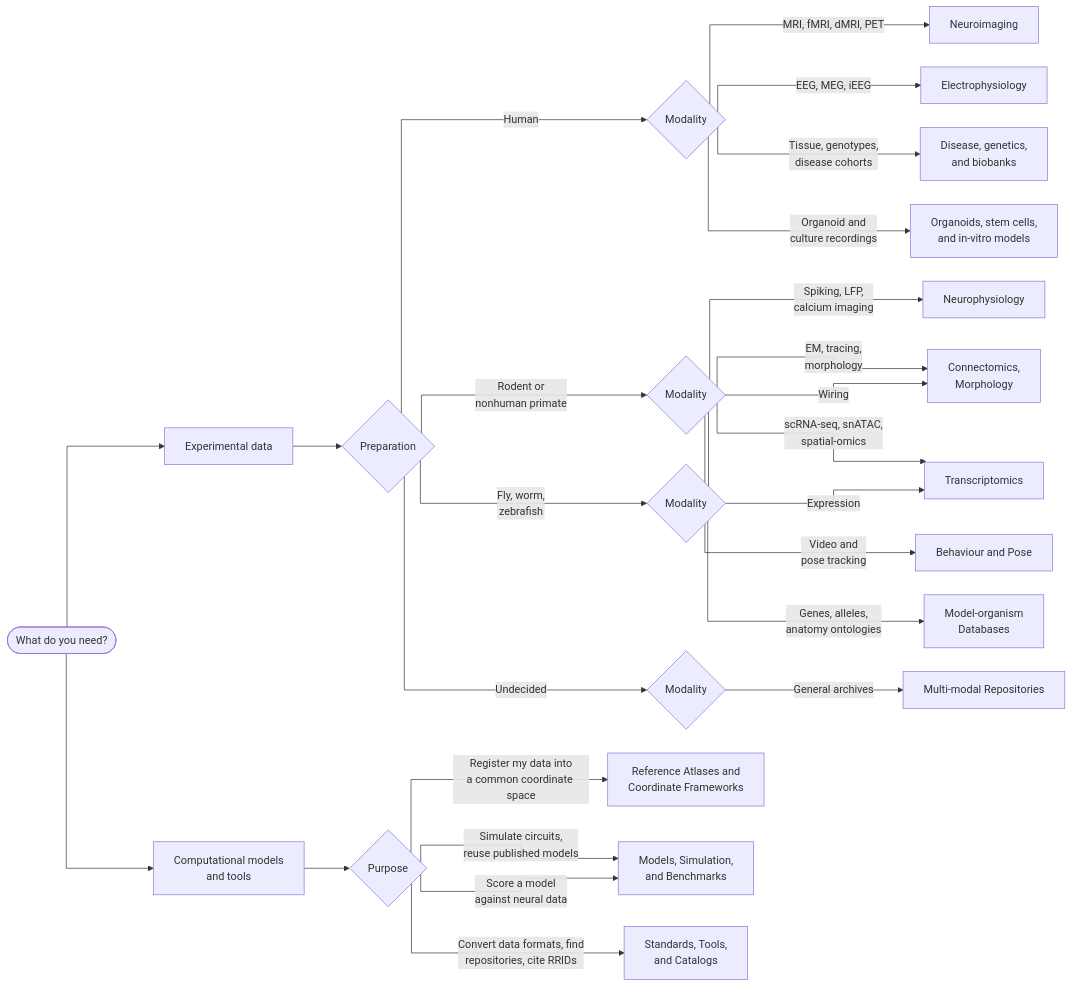
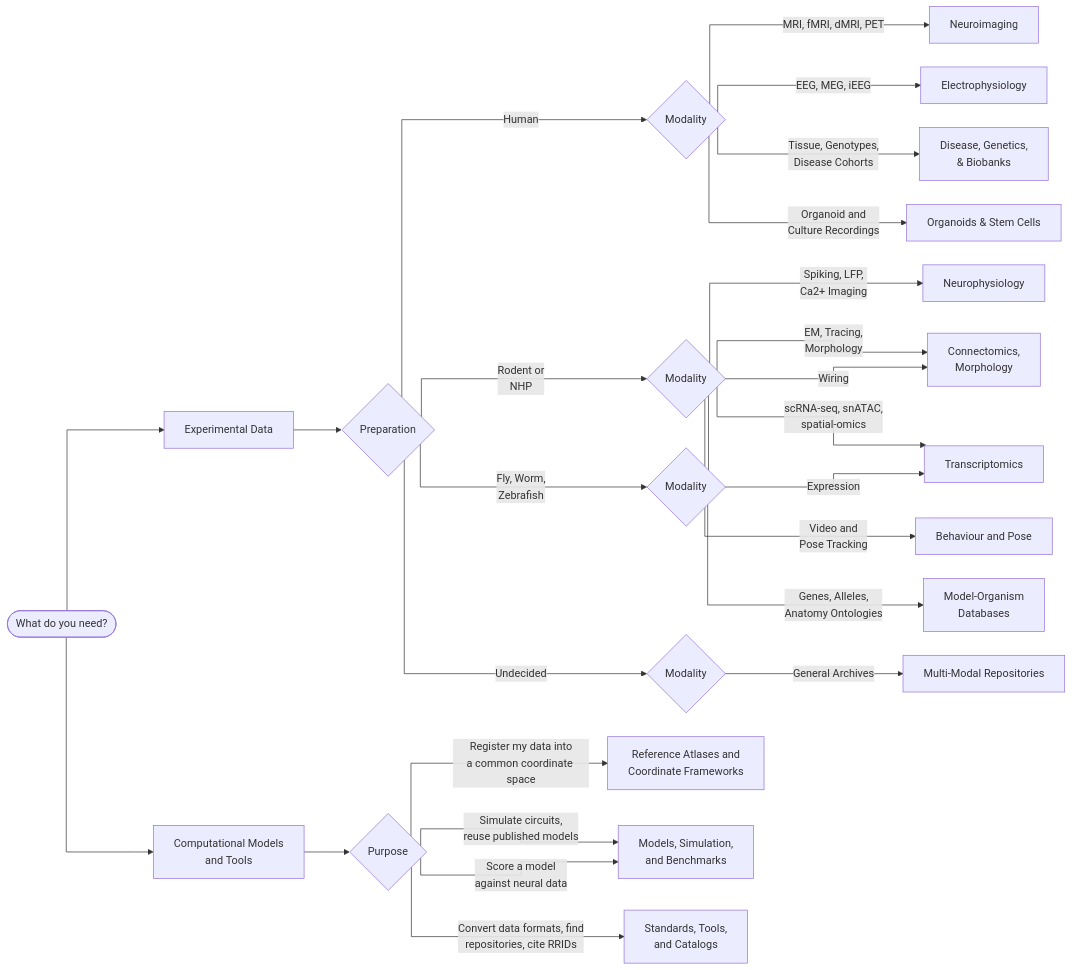
The diagram in docs/index.md (lauramedlock/neuroarchives), drawn with Mermaid before and after one commit.

Commit message:
Update terminology in flowchart for consistency

````diff
--- a/docs/index.md
+++ b/docs/index.md
@@ -41,35 +41,35 @@
 ```mermaid
 %%{init: {"flowchart": {"curve": "stepBefore", "nodeSpacing": 35, "rankSpacing": 55, "useMaxWidth": true}} }%%
 flowchart LR
     START([What do you need?])
-    START --> EXP[Experimental data]
-    START --> MOD[Computational models<br>and tools]
+    START --> EXP[Experimental Data]
+    START --> MOD[Computational Models<br>and Tools]
 
     EXP --> PREP{Preparation}
     PREP -->|Human| HU{Modality}
-    PREP -->|Rodent or<br>nonhuman primate| RO{Modality}
-    PREP -->|Fly, worm,<br>zebrafish| INV{Modality}
+    PREP -->|Rodent or<br>NHP| RO{Modality}
+    PREP -->|Fly, Worm,<br>Zebrafish| INV{Modality}
     PREP -->|Undecided| GEN{Modality}
 
     HU -->|MRI, fMRI, dMRI, PET| E1[Neuroimaging]
     HU -->|EEG, MEG, iEEG| E2[Electrophysiology]
-    HU -->|Tissue, genotypes,<br>disease cohorts| E3[Disease, genetics,<br>and biobanks]
-    HU -->|Organoid and<br>culture recordings| E4[Organoids, stem cells,<br> and in-vitro models]
+    HU -->|Tissue, Genotypes,<br>Disease Cohorts| E3[Disease, Genetics,<br>& Biobanks]
+    HU -->|Organoid and<br>Culture Recordings| E4[Organoids & Stem Cells]
 
-    RO -->|Spiking, LFP,<br>calcium imaging| E5[Neurophysiology] 
-    RO -->|EM, tracing,<br>morphology| E6[Connectomics, <br> Morphology]
+    RO -->|Spiking, LFP,<br>Ca2+ Imaging| E5[Neurophysiology] 
+    RO -->|EM, Tracing,<br>Morphology| E6[Connectomics, <br> Morphology]
     RO -->|scRNA-seq, snATAC,<br>spatial-omics| E7[Transcriptomics]
-    RO -->|Video and<br>pose tracking| E8[Behaviour and Pose]
+    RO -->|Video and<br>Pose Tracking| E8[Behaviour and Pose]
 
     INV -->|Wiring| E6
     INV -->|Expression| E7
-    INV -->|Genes, alleles,<br>anatomy ontologies| E9[Model-organism<br>Databases]
+    INV -->|Genes, Alleles,<br>Anatomy Ontologies| E9[Model-Organism<br>Databases]
 
-    GEN -->|General archives| E10[Multi-modal Repositories]
+    GEN -->|General Archives| E10[Multi-Modal Repositories]
 
     MOD --> PURPOSE{Purpose}
     PURPOSE -->|Register my data into<br>a common coordinate space| M1[Reference Atlases and<br>Coordinate Frameworks]
     PURPOSE -->|Simulate circuits,<br>reuse published models| M2[Models, Simulation,<br>and Benchmarks]
     PURPOSE -->|Score a model<br>against neural data| M2
     PURPOSE -->|Convert data formats, find<br>repositories, cite RRIDs| M3[Standards, Tools,<br>and Catalogs]
 ```
````
